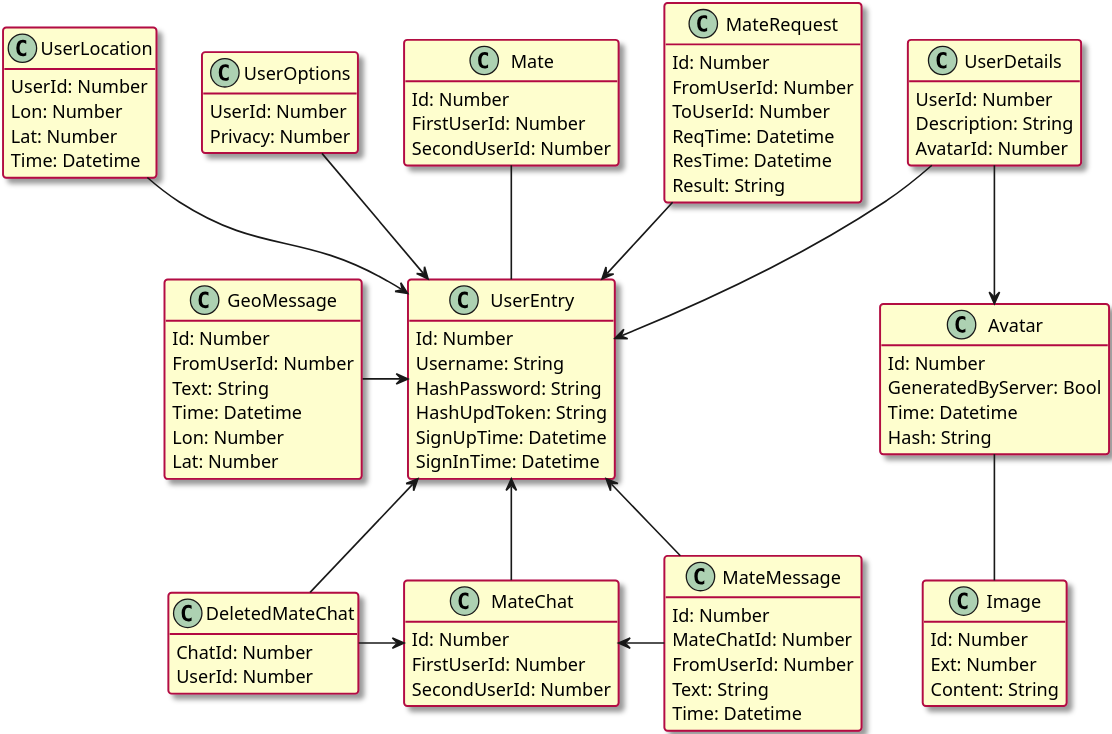
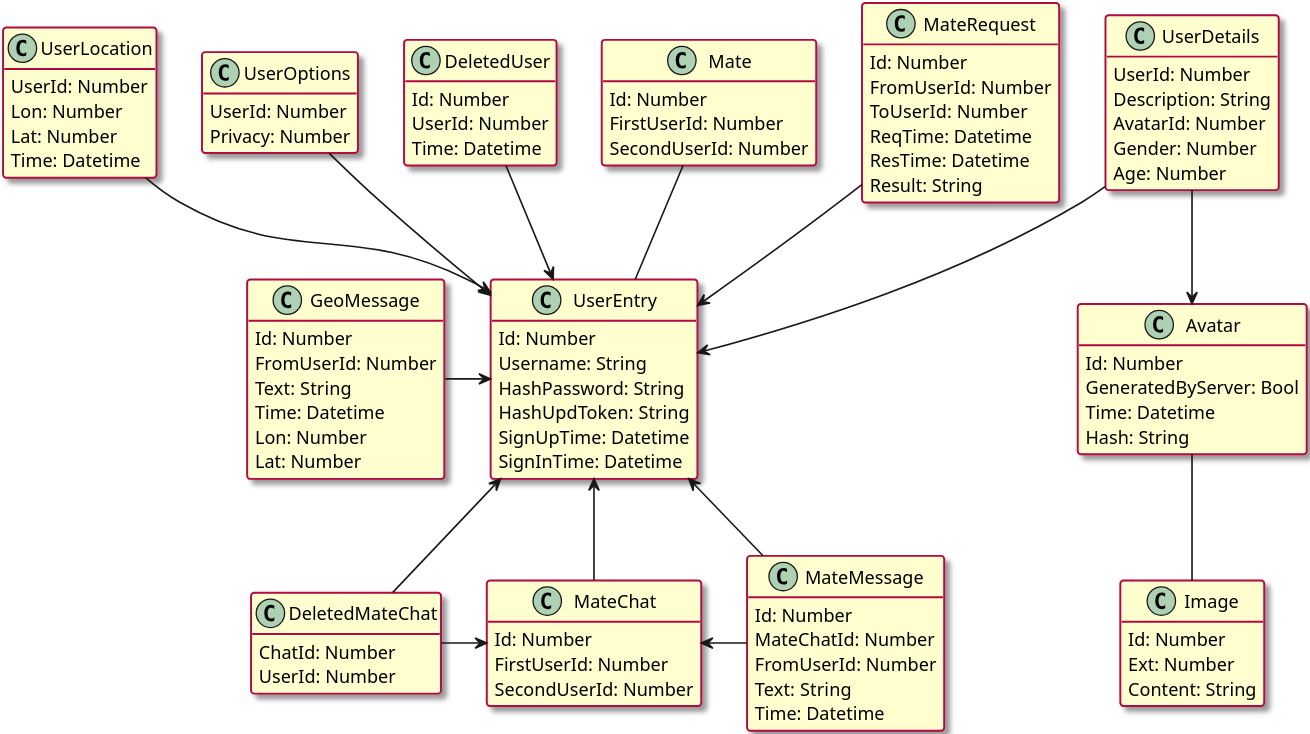
The diagram in general/puml_diagrams/domain/models_p2.wsd (qubacy/geoqq), drawn with PlantUML before and after one commit. The commit also changed 8 other files, not shown here.

```diff
--- a/general/puml_diagrams/domain/models_p2.wsd
+++ b/general/puml_diagrams/domain/models_p2.wsd
@@ -1,148 +1,157 @@
 @startuml models_p2
 
 skinparam ArrowThickness 1.25
 skinparam ClassBorderThickness 1.5
 skinparam ClassBackgroundColor #FEFECE
 skinparam ClassBorderColor #B20842
 
 skinparam dpi 400
 skinparam Shadowing true
 
 ' -----------------------------------------------
 
 hide empty methods
 hide empty members
 
 ' models
 ' -----------------------------------------------
 '                      | | |
 '                      V V V
 
 ' File
 ' -----------------------------------------------
 
 class Image {
     Id: Number
     Ext: Number
     Content: String
 }
 
 ' User
 ' -----------------------------------------------
 
 class UserEntry {
     Id: Number
     Username: String
     HashPassword: String
     HashUpdToken: String
     SignUpTime: Datetime
     SignInTime: Datetime
 }
 
 class UserLocation {
     UserId: Number
     Lon: Number
     Lat: Number
     Time: Datetime
 }
 
 class UserDetails {
     UserId: Number
     Description: String
     AvatarId: Number
+    Gender: Number
+    Age: Number
 }
 
 class UserOptions {
     UserId: Number
     Privacy: Number
 }
 
 class Avatar {
     Id: Number
     GeneratedByServer: Bool
     Time: Datetime
     Hash: String
+}
+
+class DeletedUser {
+    Id: Number
+    UserId: Number
+    Time: Datetime
 }
 
 ' Mate
 ' -----------------------------------------------
 
 class Mate {
     Id: Number
     FirstUserId: Number
     SecondUserId: Number
 }
 
 class MateRequest {
     Id: Number
     FromUserId: Number
     ToUserId: Number
     ReqTime: Datetime
     ResTime: Datetime
     Result: String
 }
 
 ' Mate-chat
 ' -----------------------------------------------
 
 class MateChat {
     Id: Number
     FirstUserId: Number
     SecondUserId: Number
 }
 
 class MateMessage {
     Id: Number
     MateChatId: Number
     FromUserId: Number
     Text: String
     Time: Datetime
 }
 
 class DeletedMateChat {
     ChatId: Number
     UserId: Number
 }
 
 ' Geo-chat
 ' -----------------------------------------------
 
 class GeoMessage {
     Id: Number
     FromUserId: Number
     Text: String
     Time: Datetime
     Lon: Number
     Lat: Number
 }
 
 ' edges
 ' -----------------------------------------------
 
 UserLocation --> UserEntry
 UserOptions --> UserEntry
 UserDetails --> UserEntry
+DeletedUser --> UserEntry
 UserDetails --> Avatar
 Avatar -- Image
 
 ' ***
 
 GeoMessage -r-> UserEntry
 
 ' ***
 
 MateRequest -d-> UserEntry
 Mate -d- UserEntry
 
 ' ***
  
 MateChat -u-> UserEntry
 MateMessage -l-> UserEntry
 MateMessage -l-> MateChat
 
 ' ***
 
 DeletedMateChat -r-> MateChat
 DeletedMateChat -u-> UserEntry
 
 @enduml
```
